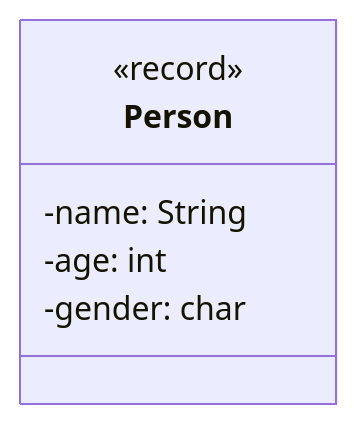
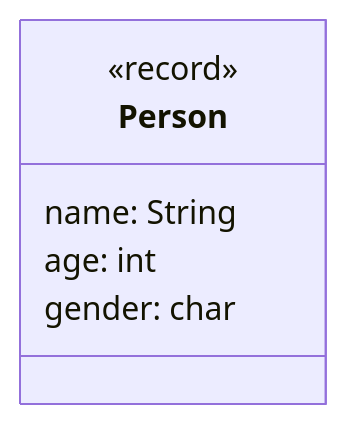
One commit to jappuccini/java-docs changed the fifth of 11 diagrams in docs/documentation/uml/class-diagrams.mdx. Above: the diagram before and after it, drawn with Mermaid. The commit also changed other lines of this file and 33 other files, not shown here.

````diff
--- a/docs/documentation/uml/class-diagrams.mdx
+++ b/docs/documentation/uml/class-diagrams.mdx
@@ -132,9 +133,9 @@
 ```mermaid
 classDiagram
     class Person {
         <<record>>
-        -name: String
-        -age: int
-        -gender: char
+        name: String
+        age: int
+        gender: char
     }
 ```
````
